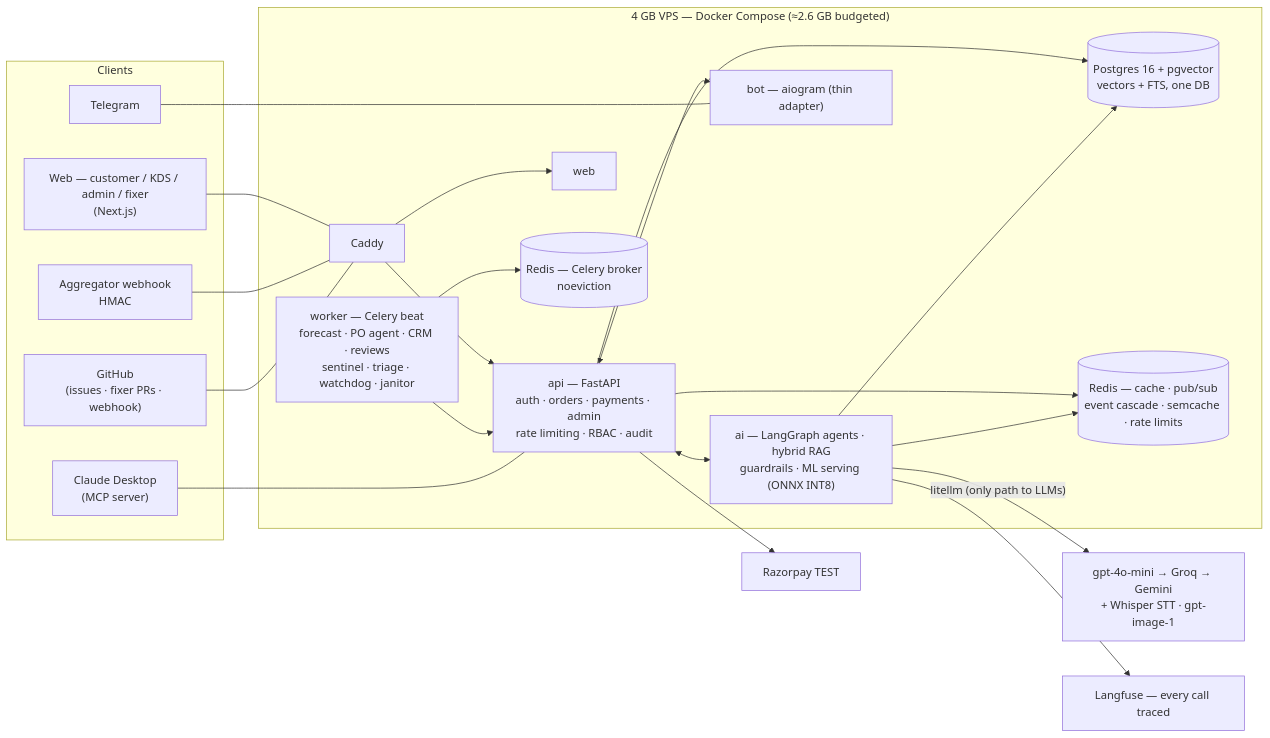
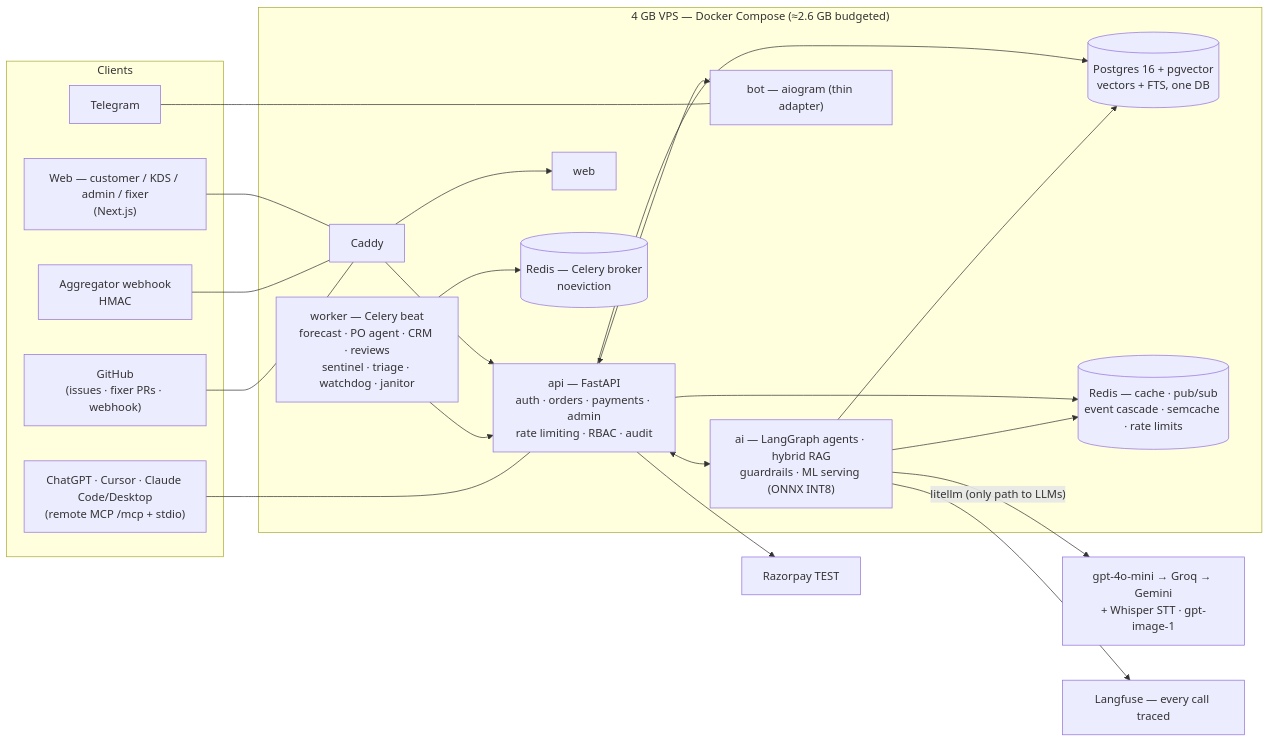
One commit to venkathub/dosadash changed the first of 2 diagrams in README.md. Above: the diagram before and after it, drawn with Mermaid. The commit also changed other lines of this file and 5 other files, not shown here.

````diff
--- a/README.md
+++ b/README.md
@@ -11,32 +11,32 @@
 ```mermaid
 flowchart LR
   subgraph clients [Clients]
     W["Web — customer / KDS / admin / fixer<br/>(Next.js)"]
     TG[Telegram]
-    CD["Claude Desktop<br/>(MCP server)"]
+    CD["ChatGPT · Cursor · Claude Code/Desktop<br/>(remote MCP /mcp + stdio)"]
     AGG[Aggregator webhook<br/>HMAC]
     GH["GitHub<br/>(issues · fixer PRs · webhook)"]
   end
 
   subgraph vps ["4 GB VPS — Docker Compose (≈2.6 GB budgeted)"]
     CADDY[Caddy] --> API["api — FastAPI<br/>auth · orders · payments · admin<br/>rate limiting · RBAC · audit"]
     CADDY --> WEB[web]
     API <--> AI["ai — LangGraph agents · hybrid RAG<br/>guardrails · ML serving (ONNX INT8)"]
     API <--> BOT["bot — aiogram (thin adapter)"]
     WORKER["worker — Celery beat<br/>forecast · PO agent · CRM · reviews<br/>sentinel · triage · watchdog · janitor"] --> API
     API --> PG[("Postgres 16 + pgvector<br/>vectors + FTS, one DB")]
     API --> REDIS[("Redis — cache · pub/sub<br/>event cascade · semcache · rate limits")]
     WORKER --> RC[("Redis — Celery broker<br/>noeviction")]
     AI --> PG
     AI --> REDIS
   end
 
   AI -- "litellm (only path to LLMs)" --> CHAIN["gpt-4o-mini → Groq → Gemini<br/>+ Whisper STT · gpt-image-1"]
   AI --> LF[Langfuse — every call traced]
   API --> RZP[Razorpay TEST]
   W --- CADDY
   TG --- BOT
   CD --- API
   AGG --- CADDY
   GH --- CADDY
 ```
````
